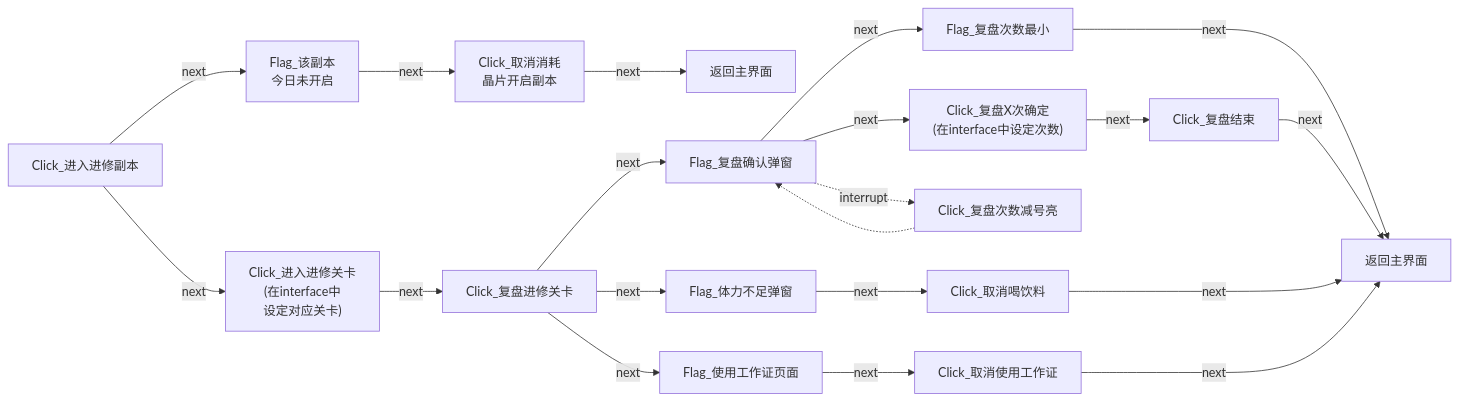
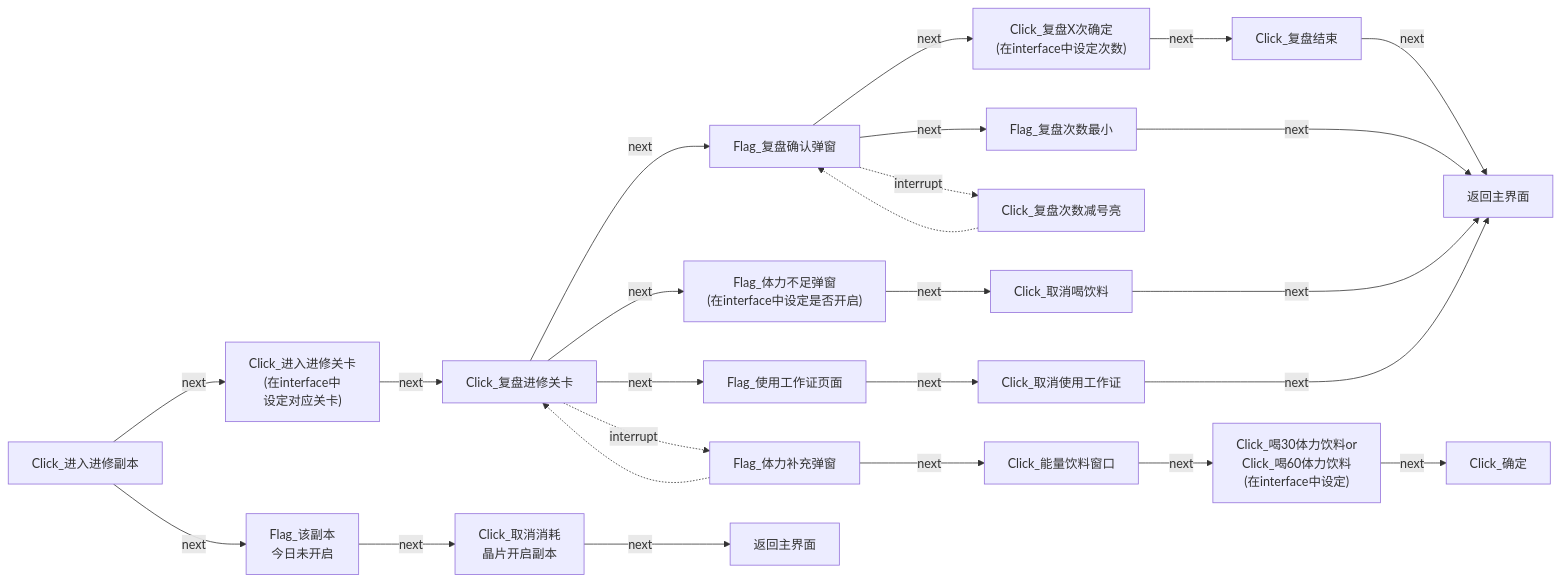
Diagram 17 of 24 in docs/zh_cn/Pipeline.md (Coxwtwo/MaaTOT), drawn with Mermaid before and after one commit. The commit also changed other lines of this file, not shown here.

Commit message:
docs：完善开发说明和流程图

````diff
--- a/docs/zh_cn/Pipeline.md
+++ b/docs/zh_cn/Pipeline.md
@@ -303,25 +368,30 @@
 ```mermaid
 flowchart LR
     n4["Click_进入进修副本"] -->|next| n9["Click_进入进修关卡<br>(在interface中<br>设定对应关卡)"]
     n4 -->|next| n10["Flag_该副本<br>今日未开启"]
     n10 -->|next| n11["Click_取消消耗<br>晶片开启副本"]
     n11 -->|next| n011["返回主界面"]
     
     n9 -->|next| n12["Click_复盘进修关卡"]
     n12 -->|next| n13["Flag_复盘确认弹窗"]
-    n12 -->|next| n14["Flag_体力不足弹窗"]
+    n12 -->|next| n14["Flag_体力不足弹窗<br>(在interface中设定是否开启)"]
     n12 -->|next| n15["Flag_使用工作证页面"]
+    n12 -.->|interrupt| z["Flag_体力补充弹窗"]
+    z -.-> n12
+    z -->|next| z1["Click_能量饮料窗口"]
+    z1 -->|next| z2["Click_喝30体力饮料or<br>Click_喝60体力饮料<br>(在interface中设定)"]
+    z2 -->|next| z3["Click_确定"]
 
     n13["Flag_复盘确认弹窗"] -->|next| n16["Click_复盘X次确定<br>(在interface中设定次数)"]
     n13["Flag_复盘确认弹窗"] -->|next| n17["Flag_复盘次数最小"]
     n13 -.->|interrupt| n18["Click_复盘次数减号亮"]
     n18 -.-> n13
     n16["Click_复盘X次确定<br>(在interface中设定次数)"] -->|next| n19["Click_复盘结束"]
     n17 --->|next| n07["返回主界面"]
     n19 -->|next| n07["返回主界面"]
 
-    n14["Flag_体力不足弹窗"] -->|next| n20["Click_取消喝饮料"]
+    n14["Flag_体力不足弹窗<br>(在interface中设定是否开启)"] -->|next| n20["Click_取消喝饮料"]
     n20 --->|next| n07["返回主界面"]
     n15["Flag_使用工作证页面"] -->|next| n21["Click_取消使用工作证"]
     n21 --->|next| n07["返回主界面"]
 ```
````
